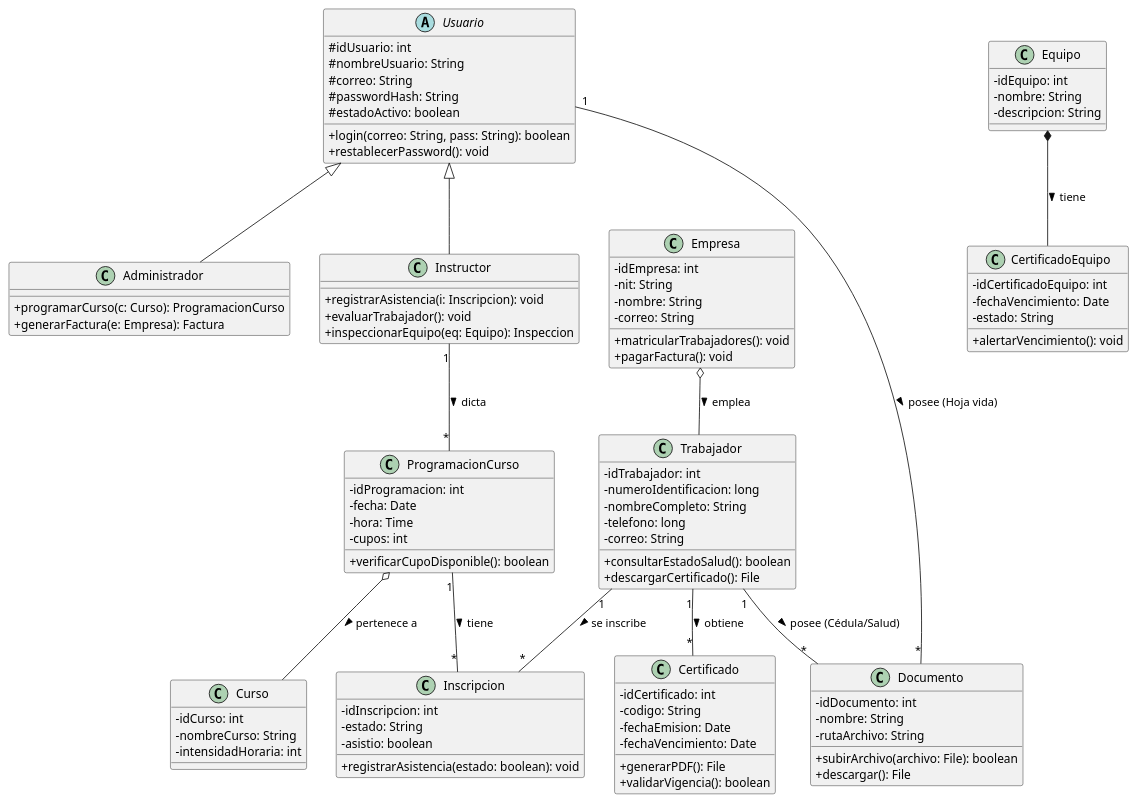
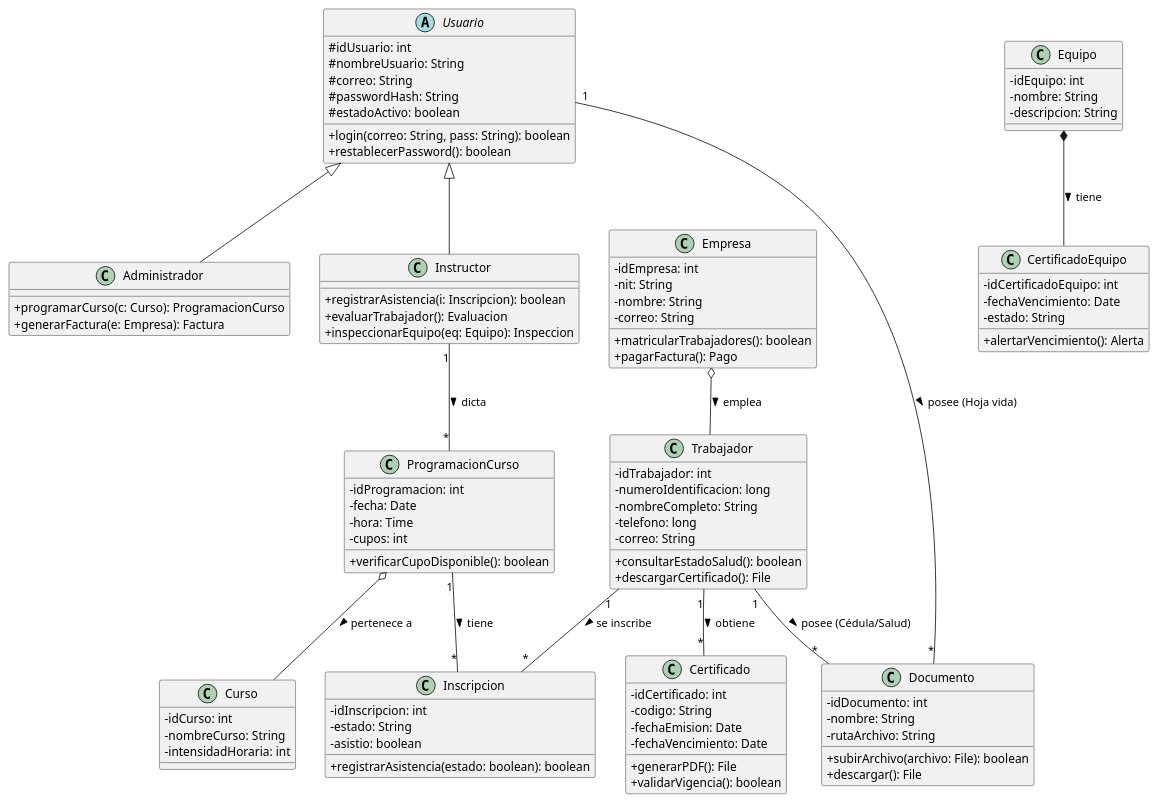
One commit to Johan-Millan/Proyecto-TITAN changed the diagram in FASE 2/2. UML CLASES/titanes.puml. Above: the diagram before and after it, drawn with PlantUML.

```diff
--- a/FASE 2/2. UML CLASES/titanes.puml
+++ b/FASE 2/2. UML CLASES/titanes.puml
@@ -1,122 +1,122 @@
 @startuml
 skinparam classAttributeIconSize 0
 
 ' --- MÓDULO DE ACCESO (LOS QUE HACEN LOGIN) ---
 abstract class Usuario {
   # idUsuario: int
   # nombreUsuario: String
   # correo: String
   # passwordHash: String
   # estadoActivo: boolean
   + login(correo: String, pass: String): boolean
-  + restablecerPassword(): void
+  + restablecerPassword(): boolean
 }
 
 class Administrador {
   + programarCurso(c: Curso): ProgramacionCurso
   + generarFactura(e: Empresa): Factura
 }
 
 class Instructor {
-  + registrarAsistencia(i: Inscripcion): void
-  + evaluarTrabajador(): void
+  + registrarAsistencia(i: Inscripcion): boolean
+  + evaluarTrabajador(): Evaluacion
   + inspeccionarEquipo(eq: Equipo): Inspeccion
 }
 
 ' --- MÓDULO OPERATIVO (LOS QUE SE CAPACITAN) ---
 class Trabajador {
   - idTrabajador: int
   - numeroIdentificacion: long
   - nombreCompleto: String
   - telefono: long
   - correo: String
   + consultarEstadoSalud(): boolean
   + descargarCertificado(): File
 }
 
 class Empresa {
   - idEmpresa: int
   - nit: String
   - nombre: String
   - correo: String
-  + matricularTrabajadores(): void
-  + pagarFactura(): void
+  + matricularTrabajadores(): boolean
+  + pagarFactura(): Pago
 }
 
 ' --- MÓDULO ACADÉMICO ---
 class Curso {
   - idCurso: int
   - nombreCurso: String
   - intensidadHoraria: int
 }
 
 class ProgramacionCurso {
   - idProgramacion: int
   - fecha: Date
   - hora: Time
   - cupos: int
   + verificarCupoDisponible(): boolean
 }
 
 class Inscripcion {
   - idInscripcion: int
   - estado: String
   - asistio: boolean
-  + registrarAsistencia(estado: boolean): void
+  + registrarAsistencia(estado: boolean): boolean
 }
 
 class Certificado {
   - idCertificado: int
   - codigo: String
   - fechaEmision: Date
   - fechaVencimiento: Date
   + generarPDF(): File
   + validarVigencia(): boolean
 }
 
 ' --- MÓDULO AUDITORÍA Y SEGURIDAD ---
 class Documento {
   - idDocumento: int
   - nombre: String
   - rutaArchivo: String
   + subirArchivo(archivo: File): boolean
   + descargar(): File
 }
 
 class Equipo {
   - idEquipo: int
   - nombre: String
   - descripcion: String
 }
 
 class CertificadoEquipo {
   - idCertificadoEquipo: int
   - fechaVencimiento: Date
   - estado: String
-  + alertarVencimiento(): void
+  + alertarVencimiento(): Alerta
 }
 
 ' --- RELACIONES ---
 
 ' Herencia
 Usuario <|-- Administrador
 Usuario <|-- Instructor
 
 ' Agregación
 Empresa o-- Trabajador : "emplea >"
 ProgramacionCurso o-- Curso : "pertenece a >"
 Equipo *-- CertificadoEquipo : "tiene >"
 
 ' Asociaciones de Usuario
 Instructor "1" -- "*" ProgramacionCurso : "dicta >"
 Usuario "1" -- "*" Documento : "posee (Hoja vida) >"
 
 ' Asociaciones de Trabajador (El núcleo operativo)
 Trabajador "1" -- "*" Certificado : "obtiene >"
 Trabajador "1" -- "*" Documento : "posee (Cédula/Salud) >"
 
 ' Clase Asociativa (Inscripcion) entre Trabajador y ProgramacionCurso
 Trabajador "1" -- "*" Inscripcion : "se inscribe >"
 ProgramacionCurso "1" -- "*" Inscripcion : "tiene >"
 
 @enduml
```
